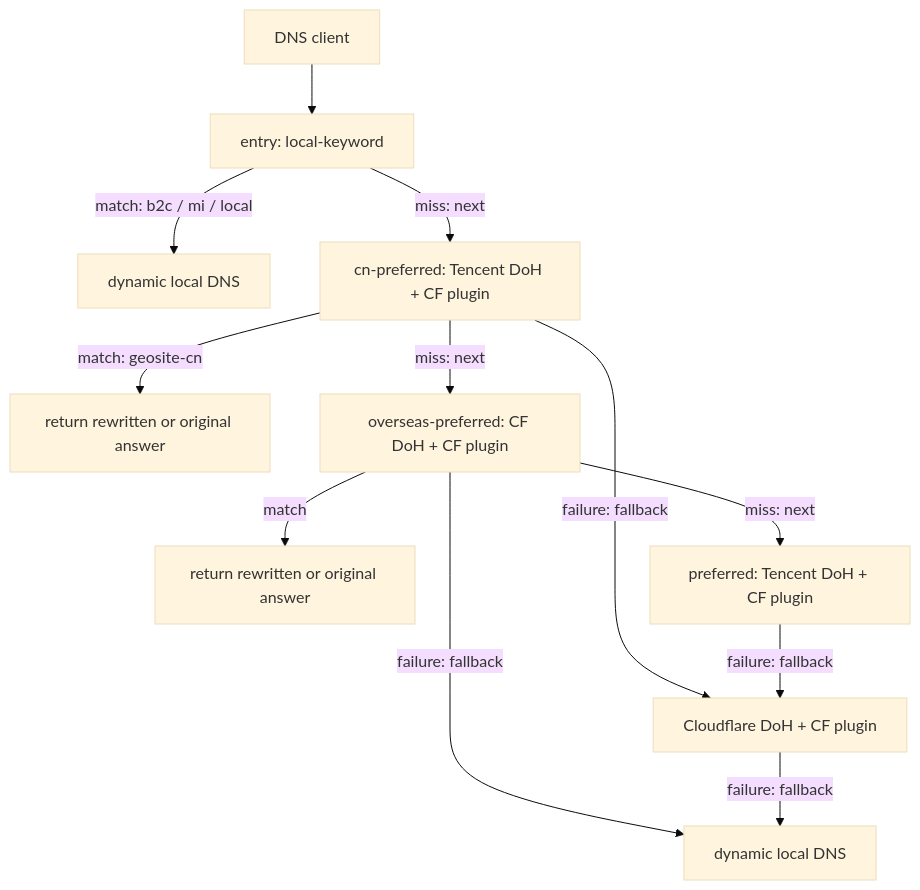
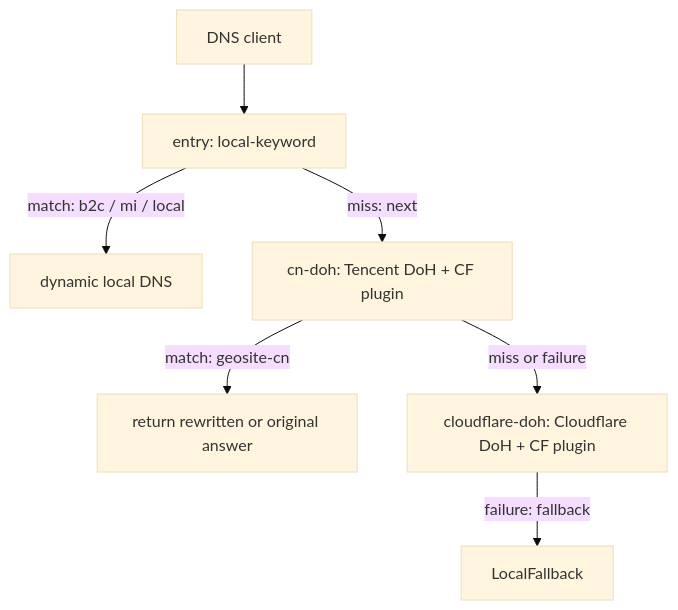
Before and after one commit to Fuxx-1/EdgeSteer: the diagram in README.md, drawn with Mermaid (base theme). The commit also changed other lines of this file and 14 other files, not shown here.

````diff
--- a/README.md
+++ b/README.md
@@ -16,14 +16,9 @@
 ```mermaid
 flowchart TB
     Client["DNS client"] --> Entry["entry: local-keyword"]
     Entry -->|"match: b2c / mi / local"| LocalKeyword["dynamic local DNS"]
-    Entry -->|"miss: next"| CN["cn-preferred: Tencent DoH + CF plugin"]
+    Entry -->|"miss: next"| CN["cn-doh: Tencent DoH + CF plugin"]
     CN -->|"match: geosite-cn"| TencentResult["return rewritten or original answer"]
-    CN -->|"miss: next"| Overseas["overseas-preferred: CF DoH + CF plugin"]
-    CN -->|"failure: fallback"| CF["Cloudflare DoH + CF plugin"]
-    Overseas -->|"match"| OverseasResult["return rewritten or original answer"]
-    Overseas -->|"miss: next"| Default["preferred: Tencent DoH + CF plugin"]
-    Overseas -->|"failure: fallback"| LocalFallback["dynamic local DNS"]
-    Default -->|"failure: fallback"| CF
+    CN -->|"miss or failure"| CF["cloudflare-doh: Cloudflare DoH + CF plugin"]
     CF -->|"failure: fallback"| LocalFallback
 ```
````
